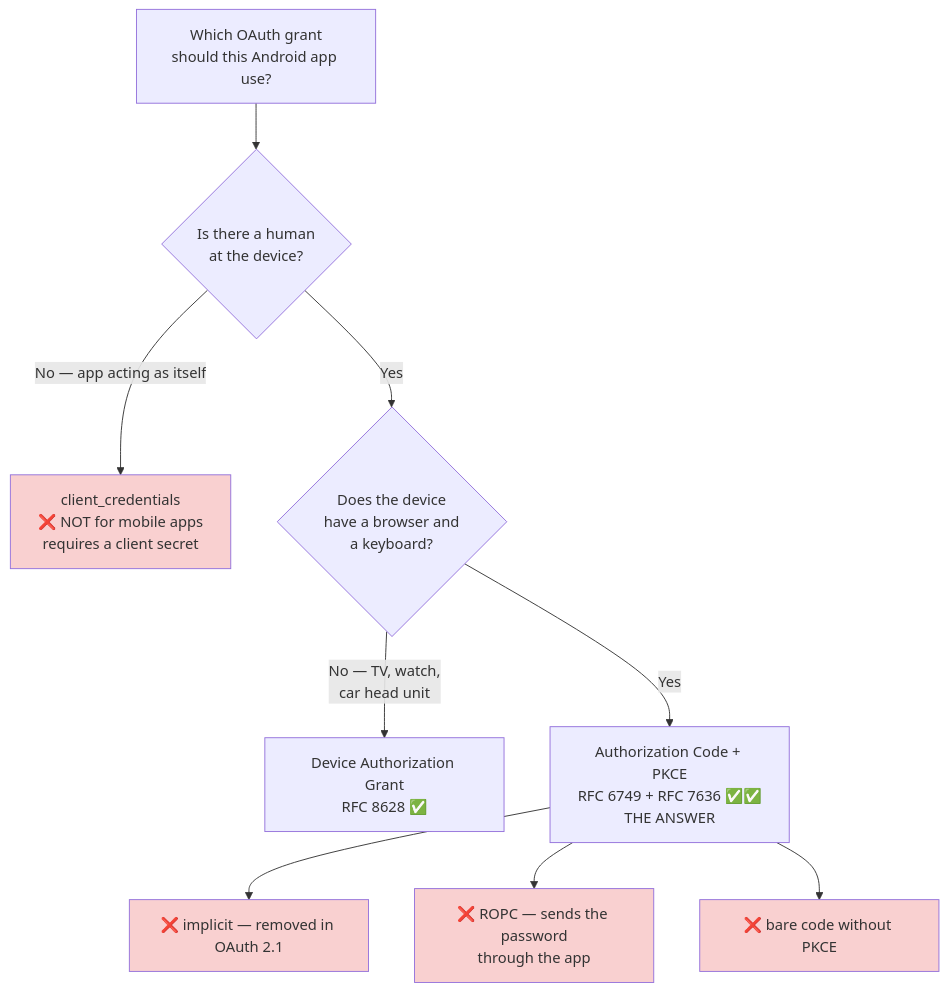
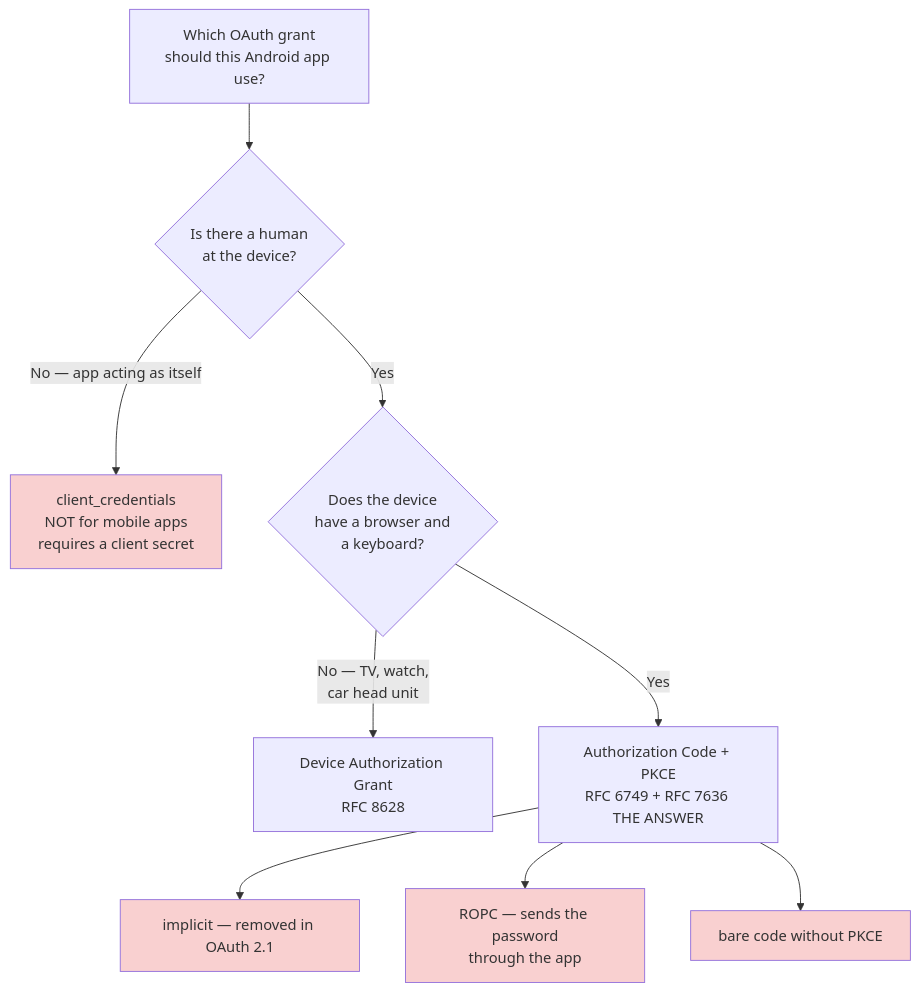
Before and after one commit to FlyPhantomFly/android-security-handbook: the fifth of 22 diagrams in 45-OAuth/README.md, drawn with Mermaid. The commit also changed other lines of this file and 118 other files, not shown here.

````diff
--- a/45-OAuth/README.md
+++ b/45-OAuth/README.md
@@ -324,17 +324,17 @@
 ```mermaid
 flowchart TD
     Start["Which OAuth grant<br/>should this Android app use?"] --> Q1{"Is there a human<br/>at the device?"}
-    Q1 -- "No — app acting as itself" --> CC["client_credentials<br/>❌ NOT for mobile apps<br/>requires a client secret"]
+    Q1 -- "No — app acting as itself" --> CC["client_credentials<br/>NOT for mobile apps<br/>requires a client secret"]
     Q1 -- "Yes" --> Q2{"Does the device<br/>have a browser and<br/>a keyboard?"}
-    Q2 -- "No — TV, watch,<br/>car head unit" --> DEV["Device Authorization Grant<br/>RFC 8628 ✅"]
-    Q2 -- "Yes" --> ACP["Authorization Code + PKCE<br/>RFC 6749 + RFC 7636 ✅✅<br/>THE ANSWER"]
+    Q2 -- "No — TV, watch,<br/>car head unit" --> DEV["Device Authorization Grant<br/>RFC 8628 "]
+    Q2 -- "Yes" --> ACP["Authorization Code + PKCE<br/>RFC 6749 + RFC 7636 <br/>THE ANSWER"]
 
-    ACP --> Never1["❌ implicit — removed in OAuth 2.1"]
-    ACP --> Never2["❌ ROPC — sends the password<br/>through the app"]
-    ACP --> Never3["❌ bare code without PKCE"]
+    ACP --> Never1["implicit — removed in OAuth 2.1"]
+    ACP --> Never2["ROPC — sends the password<br/>through the app"]
+    ACP --> Never3["bare code without PKCE"]
 
     style CC fill:#f9d0d0
     style Never1 fill:#f9d0d0
     style Never2 fill:#f9d0d0
     style Never3 fill:#f9d0d0
 ```
````
